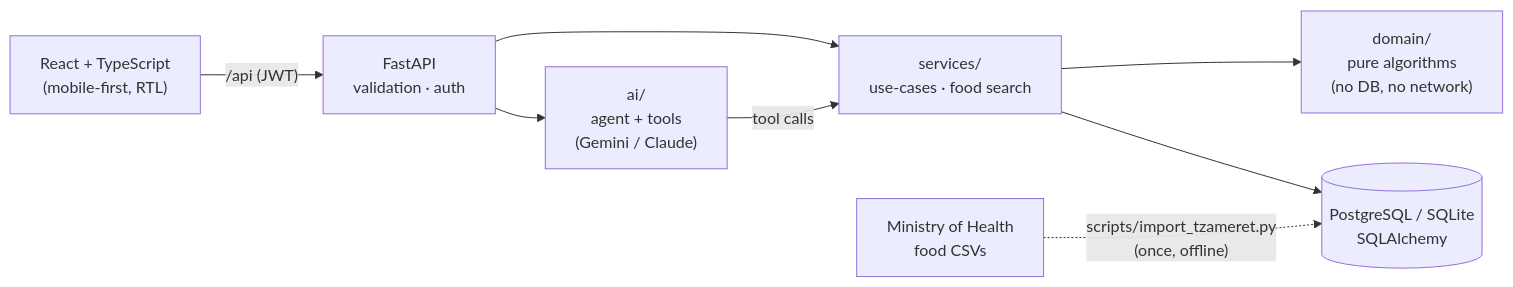
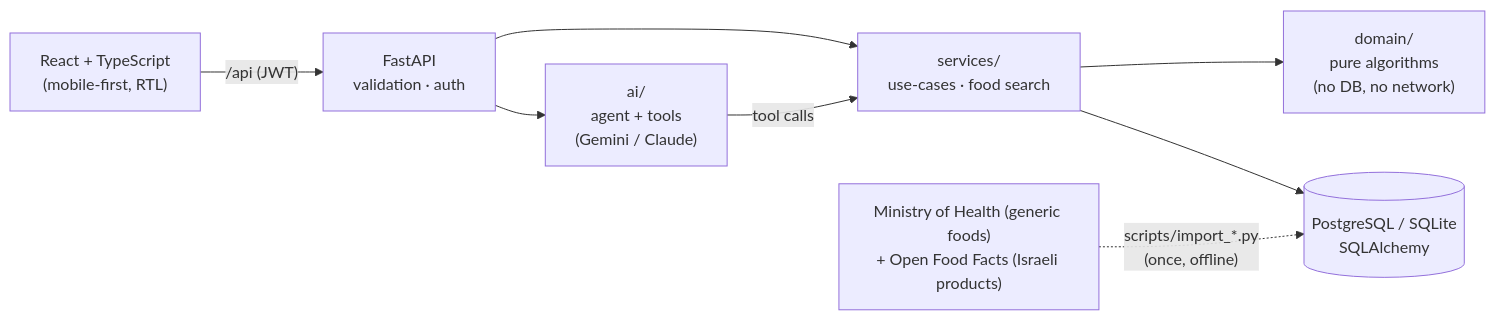
One commit to OfriKeidar/FitFlow changed the diagram in README.md. Above: the diagram before and after it, drawn with Mermaid. The commit also changed other lines of this file and 9 other files, not shown here.

Commit message:
Open Food Facts import script, generic food-database seeding, BIGINT barcodes, ranking by words matched; README: five core algorithms

````diff
--- a/README.md
+++ b/README.md
@@ -45,10 +45,10 @@
 ```mermaid
 flowchart LR
     UI["React + TypeScript<br/>(mobile-first, RTL)"] -->|"/api (JWT)"| API["FastAPI<br/>validation · auth"]
     API --> SVC["services/<br/>use-cases · food search"]
     API --> AI["ai/<br/>agent + tools<br/>(Gemini / Claude)"]
     AI -->|"tool calls"| SVC
     SVC --> DOM["domain/<br/>pure algorithms<br/>(no DB, no network)"]
     SVC --> DB[("PostgreSQL / SQLite<br/>SQLAlchemy")]
-    MOH["Ministry of Health<br/>food CSVs"] -.->|"scripts/import_tzameret.py<br/>(once, offline)"| DB
+    MOH["Ministry of Health (generic foods)<br/>+ Open Food Facts (Israeli products)"] -.->|"scripts/import_*.py<br/>(once, offline)"| DB
 ```
````
